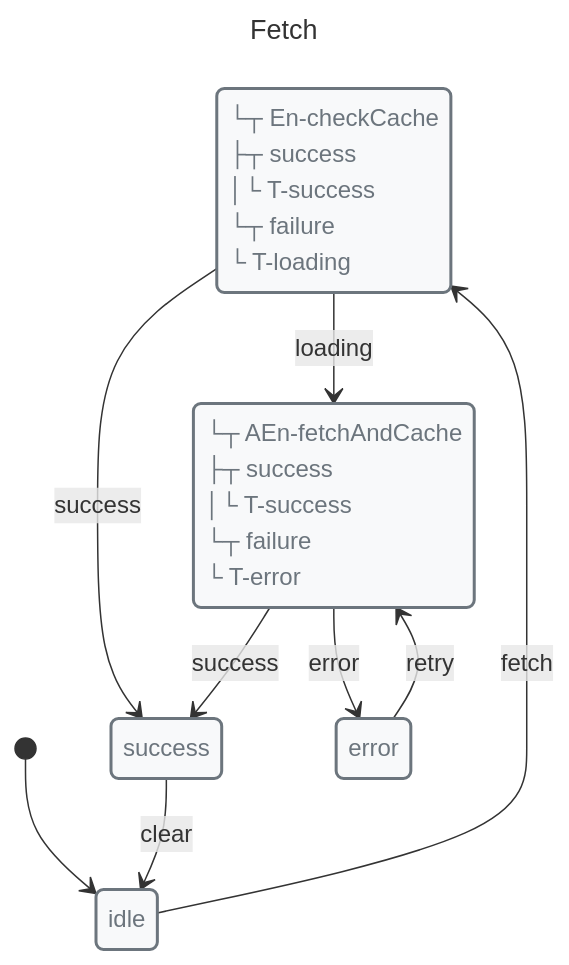
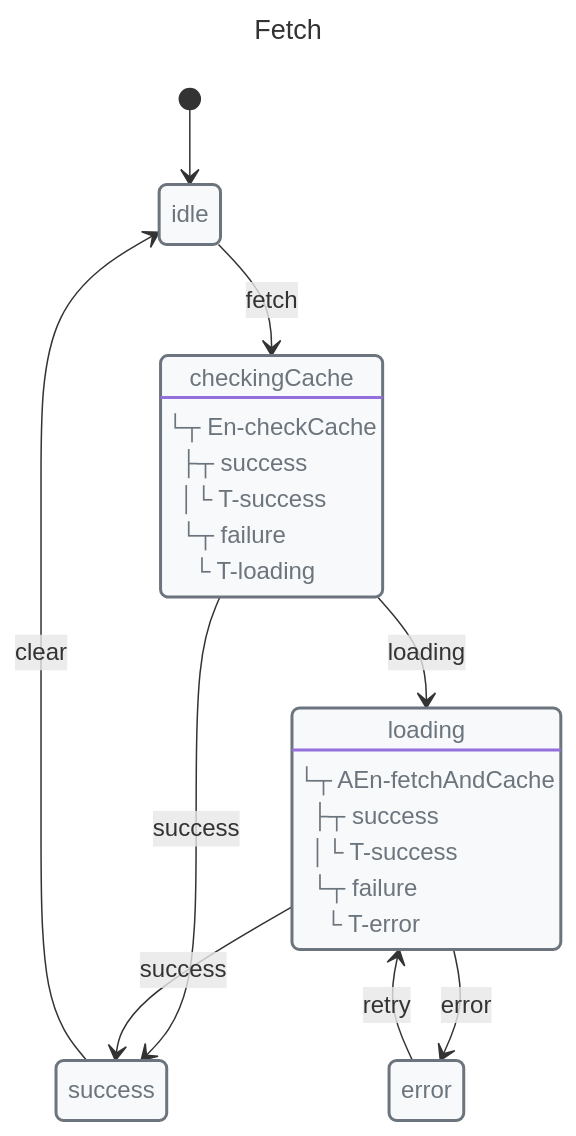
The third of 4 diagrams in docs/recipes/api-fetch.md (Masquerade-Circus/x-robot), drawn with Mermaid before and after one commit. The commit also changed other lines of this file and 123 other files, not shown here.

Commit message:
refactor: improve mermaid code

````diff
--- a/docs/recipes/api-fetch.md
+++ b/docs/recipes/api-fetch.md
@@ -131,37 +131,38 @@
 ```mermaid
 ---
 title: Fetch
 ---
 
 stateDiagram-v2
+direction TB
 
 classDef danger fill:#f8d7da,stroke:#721c24,stroke-width:2px,text-align:left,color:#721c24
 classDef warning fill:#fff3cd,stroke:#856404,stroke-width:2px,text-align:left,color:#856404
 classDef success fill:#d4edda,stroke:#155724,stroke-width:2px,text-align:left,color:#155724
 classDef primary fill:#cce5ff,stroke:#004085,stroke-width:2px,text-align:left,color:#004085
 classDef info fill:#d1ecf1,stroke:#0c5460,stroke-width:2px,text-align:left,color:#0c5460
 classDef def fill:#f8f9fa,stroke:#6c757d,stroke-width:2px,text-align:left,color:#6c757d
 
-state idle
-state checkingCache
-state loading
-state success
-state error
+state "idle" as idle
+state "checkingCache" as checkingCache
+state "loading" as loading
+state "success" as success
+state "error" as error
 class idle def
 class checkingCache def
 class loading def
 class success def
 class error def
 
-checkingCache: └┬ En-checkCache<br> ├┬ success<br> │└ T-success<br> └┬ failure<br>  └ T-loading
-loading: └┬ AEn-fetchAndCache<br> ├┬ success<br> │└ T-success<br> └┬ failure<br>  └ T-error
+checkingCache: └┬ En-checkCache<br> ├┬ success<br> │└ T-success<br> └┬ failure<br>  └ T-loading
+loading: └┬ AEn-fetchAndCache<br> ├┬ success<br> │└ T-success<br> └┬ failure<br>  └ T-error
 
 [*] --> idle
 idle --> checkingCache: fetch
 checkingCache --> success: success
 checkingCache --> loading: loading
 loading --> success: success
 loading --> error: error
 success --> idle: clear
 error --> loading: retry
 ```
````
